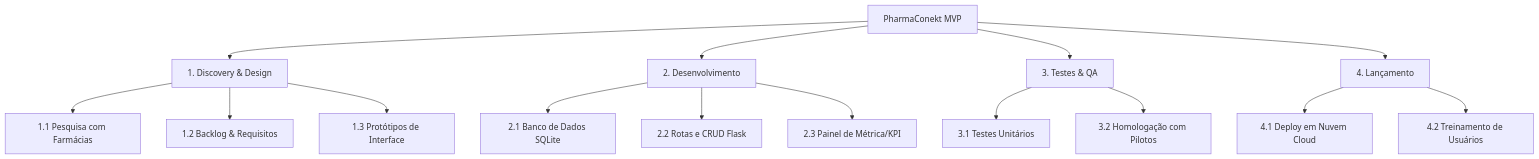
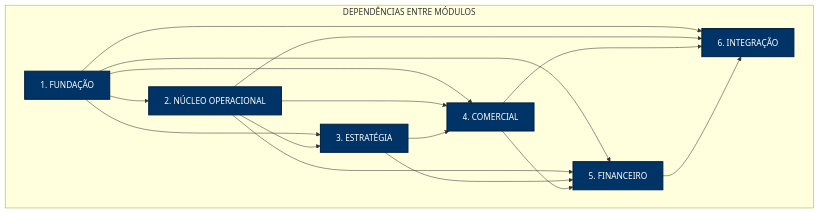
Before and after one commit to LeidySts/PharmaConekt: the third of 8 diagrams in PLANEJAMENTO.md, drawn with Mermaid. The commit also changed other lines of this file, not shown here.

````diff
--- a/PLANEJAMENTO.md
+++ b/PLANEJAMENTO.md
@@ -21,20 +132,26 @@
 ```mermaid
 graph TD
-    A[PharmaConekt MVP] --> B[1. Discovery & Design]
-    A --> C[2. Desenvolvimento]
-    A --> D[3. Testes & QA]
-    A --> E[4. Lançamento]
+    subgraph "DEPENDÊNCIAS ENTRE MÓDULOS"
+        A[1. FUNDAÇÃO] --> B[2. NÚCLEO OPERACIONAL]
+        A --> C[3. ESTRATÉGIA]
+        A --> D[4. COMERCIAL]
+        A --> E[5. FINANCEIRO]
+        A --> F[6. INTEGRAÇÃO]
 
-    B --> B1[1.1 Pesquisa com Farmácias]
-    B --> B2[1.2 Backlog & Requisitos]
-    B --> B3[1.3 Protótipos de Interface]
+        B --> C
+        B --> D
+        B --> E
+        B --> F
 
-    C --> C1[2.1 Banco de Dados SQLite]
-    C --> C2[2.2 Rotas e CRUD Flask]
-    C --> C3[2.3 Painel de Métrica/KPI]
+        C --> D
+        C --> E
 
-    D --> D1[3.1 Testes Unitários]
-    D --> D2[3.2 Homologação com Pilotos]
-    E --> E1[4.1 Deploy em Nuvem Cloud]
-    E --> E2[4.2 Treinamento de Usuários]
+        D --> E
+        D --> F
+
+        E --> F
+    end
+
+    classDef dep fill:#003366,color:#fff,stroke:#002244,stroke-width:2px
+    class A,B,C,D,E,F dep
 ```
````
